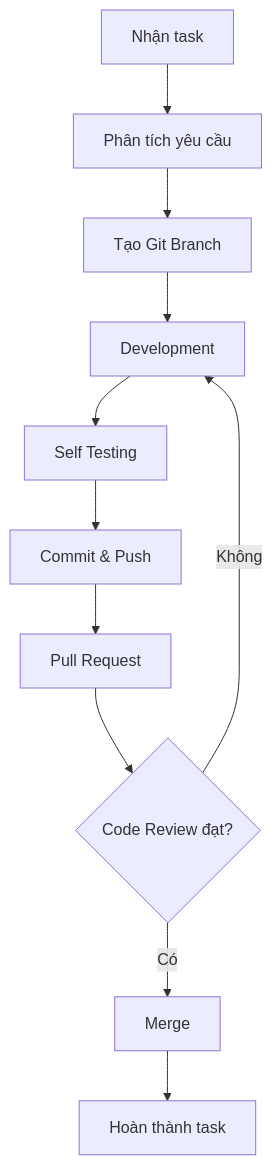
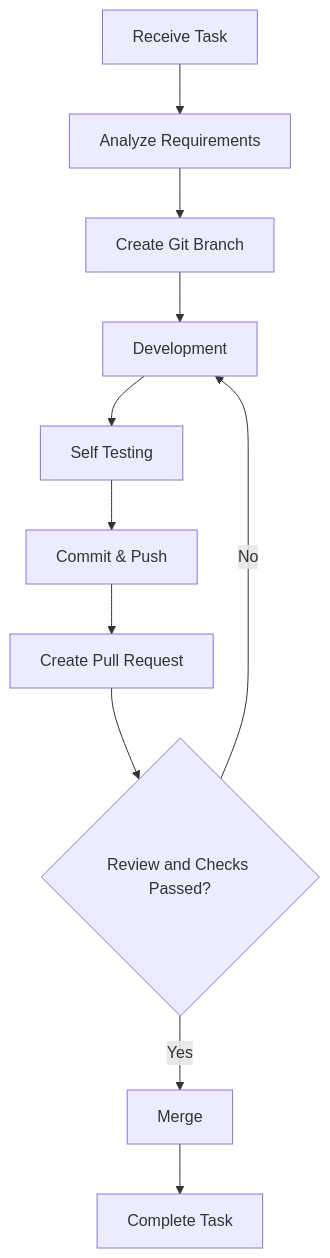
Before and after one commit to duongvanQuang-bit230347/ts-learning: the fourth of 5 diagrams in docs/software-development-process.md, drawn with Mermaid. The commit also changed other lines of this file, not shown here.

Commit message:
docs: add professional software development process and Mermaid diagrams

````diff
--- a/docs/software-development-process.md
+++ b/docs/software-development-process.md
@@ -254,13 +455,13 @@
 ```mermaid
 flowchart TD
-    A["Nhận task"] --> B["Phân tích yêu cầu"]
-    B --> C["Tạo Git Branch"]
+    A["Receive Task"] --> B["Analyze Requirements"]
+    B --> C["Create Git Branch"]
     C --> D["Development"]
     D --> E["Self Testing"]
     E --> F["Commit & Push"]
-    F --> G["Pull Request"]
-    G --> H{"Code Review đạt?"}
-    H -->|Không| D
-    H -->|Có| I["Merge"]
-    I --> J["Hoàn thành task"]
+    F --> G["Create Pull Request"]
+    G --> H{"Review and Checks Passed?"}
+    H -->|No| D
+    H -->|Yes| I["Merge"]
+    I --> J["Complete Task"]
 ```
````
